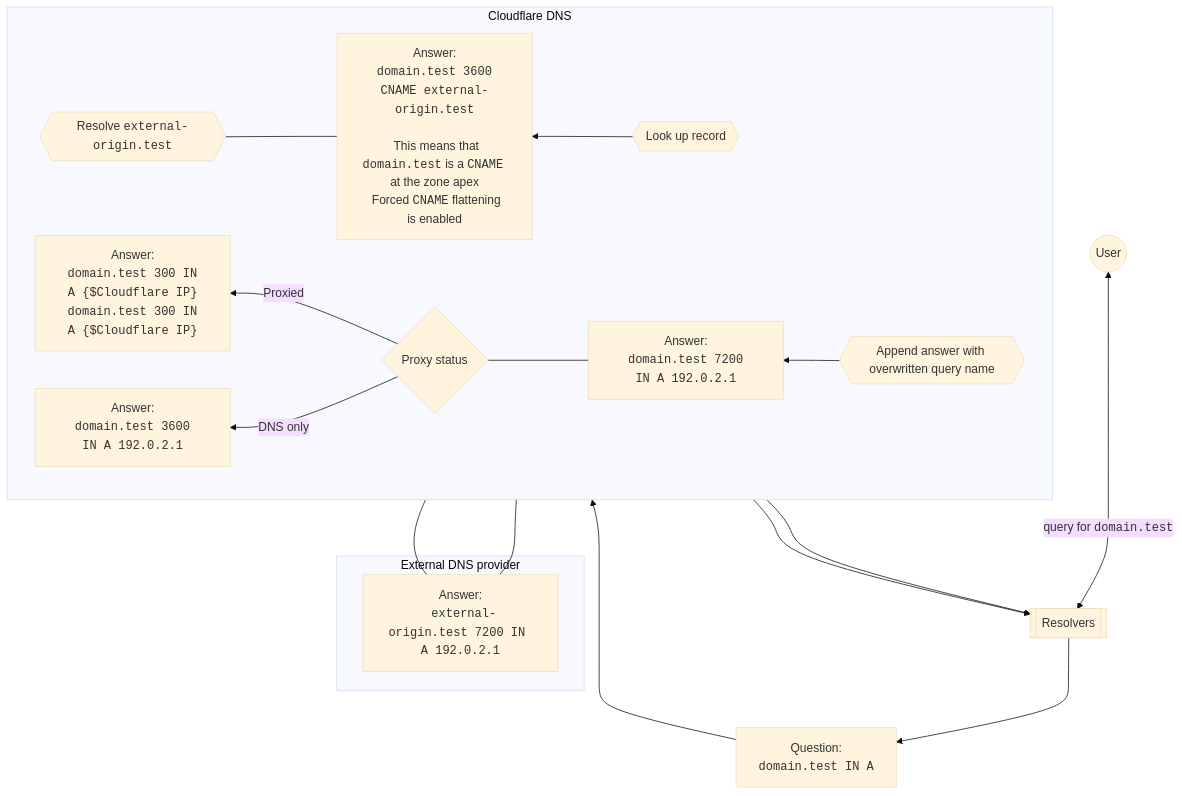
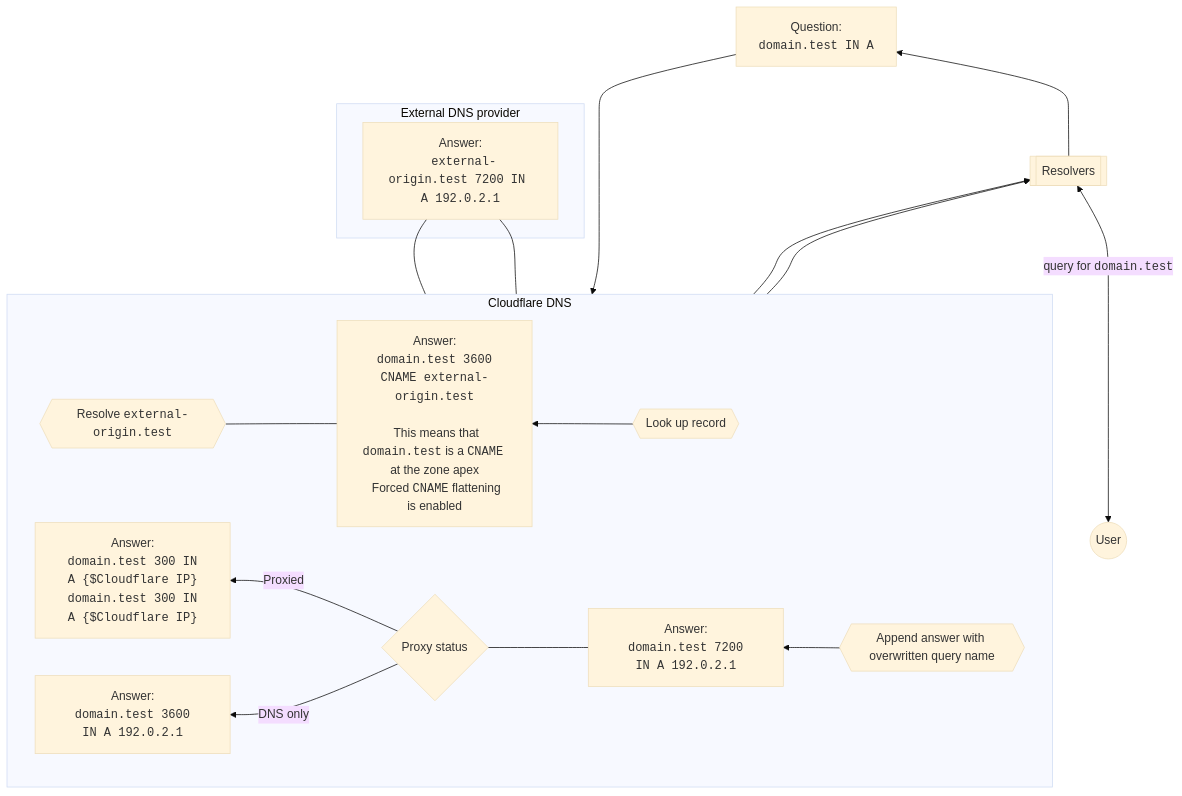
Before and after one commit to cloudflare/cloudflare-docs: the diagram in content/dns/cname-flattening/cname-flattening-diagram.md, drawn with Mermaid (base theme).

Commit message:
test bottom-top direction

````diff
--- a/content/dns/cname-flattening/cname-flattening-diagram.md
+++ b/content/dns/cname-flattening/cname-flattening-diagram.md
@@ -42,34 +42,33 @@
 ```mermaid
-flowchart TD
+flowchart BT
 accTitle: CNAME flattening diagram
 accDescr: Diagram of CNAME flattening process when there is a request for a domain in Cloudflare and the zone has a CNAME record at apex that points to an external A record.
   A((User)) <--query for <code>domain.test</code>--> B[[Resolvers]] --> C
   C["Question: 
   <code>domain.test IN A</code>"]
- 
  subgraph Y[Cloudflare DNS]
  direction RL
   D{{Look up record}} --> G["Answer:
   <code>domain.test 3600 CNAME external-origin.test</code>
 
   This means that <code>domain.test</code> is a <code>CNAME</code> at the zone apex
   Forced <code>CNAME</code> flattening is enabled"] --- H{{Resolve <code>external-origin.test</code>}}
   K{{Append answer with overwritten query name}} --> L["Answer:
   <code>domain.test 7200 IN A 192.0.2.1</code>"] --- M{Proxy status}
   M --Proxied--> O["Answer:
   <code>domain.test 300 IN A {$Cloudflare IP}</code>
   <code>domain.test 300 IN A {$Cloudflare IP}</code>"]
   M --DNS only--> N["Answer:
   <code>domain.test 3600 IN A 192.0.2.1</code>"]
  end
  
  subgraph Z [External DNS provider]
   J["Answer:
   <code>external-origin.test 7200 IN A 192.0.2.1</code>"]
  end
  
  C --> D
  H --- J --- K
  O --> B
  N --> B
 ```
````
